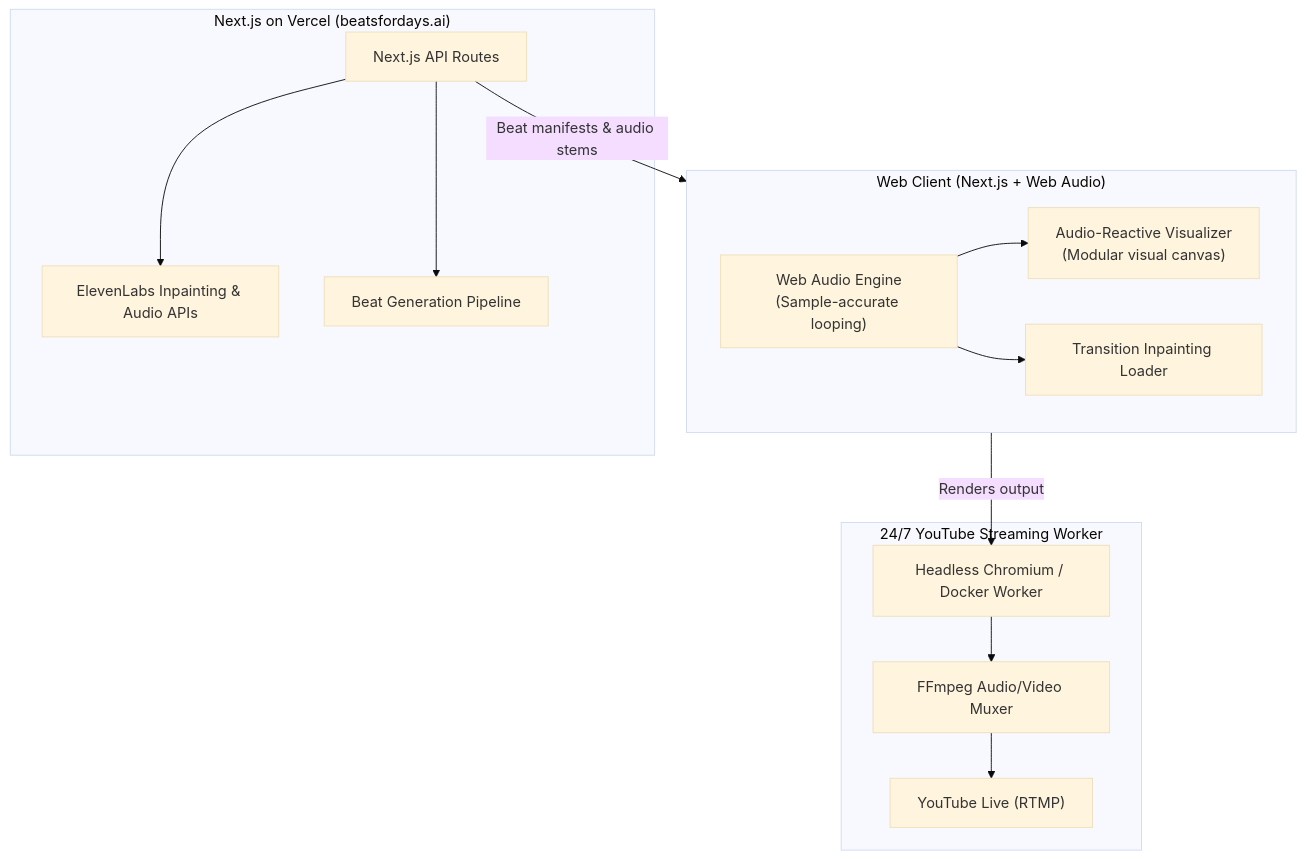
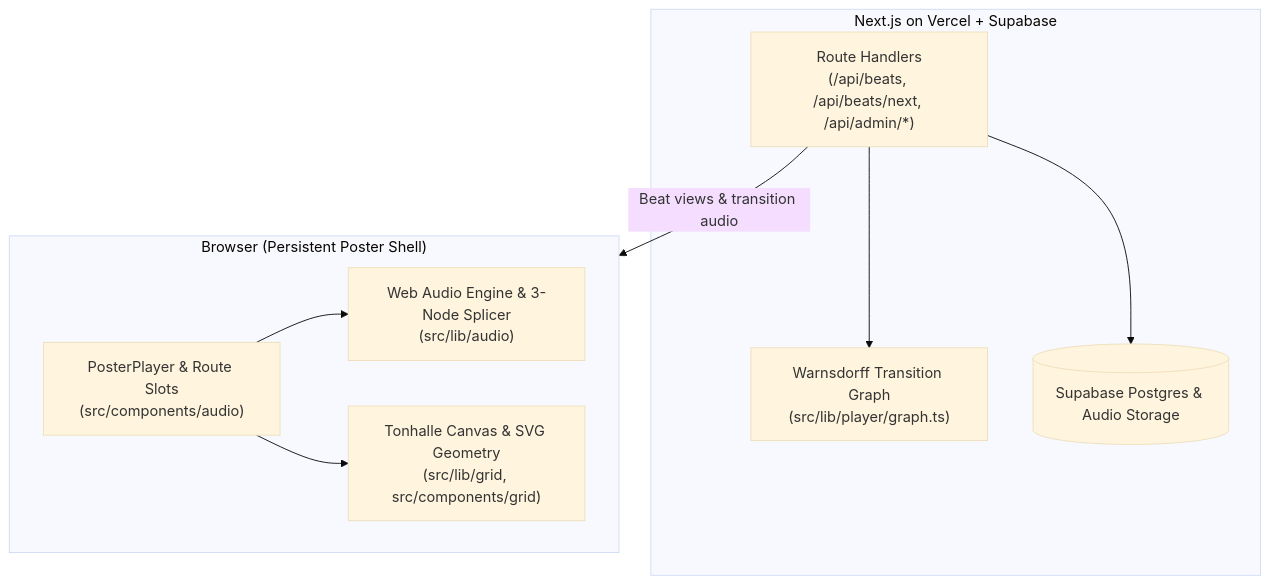
One commit to hi-humble-hedgehog/beats-for-days changed the diagram in README.md. Above: the diagram before and after it, drawn with Mermaid (base theme). The commit also changed other lines of this file and 64 other files, not shown here.

````diff
--- a/README.md
+++ b/README.md
@@ -23,29 +21,20 @@
 ```mermaid
 flowchart TD
-    subgraph AI Generation & Serverless Backend ["Next.js on Vercel (beatsfordays.ai)"]
-        API["Next.js API Routes"]
-        ElevenLabs["ElevenLabs Inpainting & Audio APIs"]
-        TrackGen["Beat Generation Pipeline"]
-        API --> ElevenLabs
-        API --> TrackGen
+    subgraph Backend ["Next.js on Vercel + Supabase"]
+        API["Route Handlers\n(/api/beats, /api/beats/next, /api/admin/*)"]
+        Graph["Warnsdorff Transition Graph\n(src/lib/player/graph.ts)"]
+        DB[("Supabase Postgres & Audio Storage")]
+        API --> Graph
+        API --> DB
     end
 
-    subgraph Client ["Web Client (Next.js + Web Audio)"]
-        AudioEngine["Web Audio Engine\n(Sample-accurate looping)"]
-        InpaintBridge["Transition Inpainting Loader"]
-        Visualizer["Audio-Reactive Visualizer\n(Modular visual canvas)"]
-        AudioEngine --> Visualizer
-        AudioEngine --> InpaintBridge
+    subgraph Client ["Browser (Persistent Poster Shell)"]
+        Poster["PosterPlayer & Route Slots\n(src/components/audio)"]
+        AudioEngine["Web Audio Engine & 3-Node Splicer\n(src/lib/audio)"]
+        Grid["Tonhalle Canvas & SVG Geometry\n(src/lib/grid, src/components/grid)"]
+        Poster --> AudioEngine
+        Poster --> Grid
     end
 
-    subgraph StreamWorker ["24/7 YouTube Streaming Worker"]
-        Headless["Headless Chromium / Docker Worker"]
-        FFmpeg["FFmpeg Audio/Video Muxer"]
-        YT["YouTube Live (RTMP)"]
-        Headless --> FFmpeg
-        FFmpeg --> YT
-    end
-
-    API -->|Beat manifests & audio stems| Client
-    Client -->|Renders output| Headless
+    API -->|"Beat views & transition audio"| Client
 ```
````
